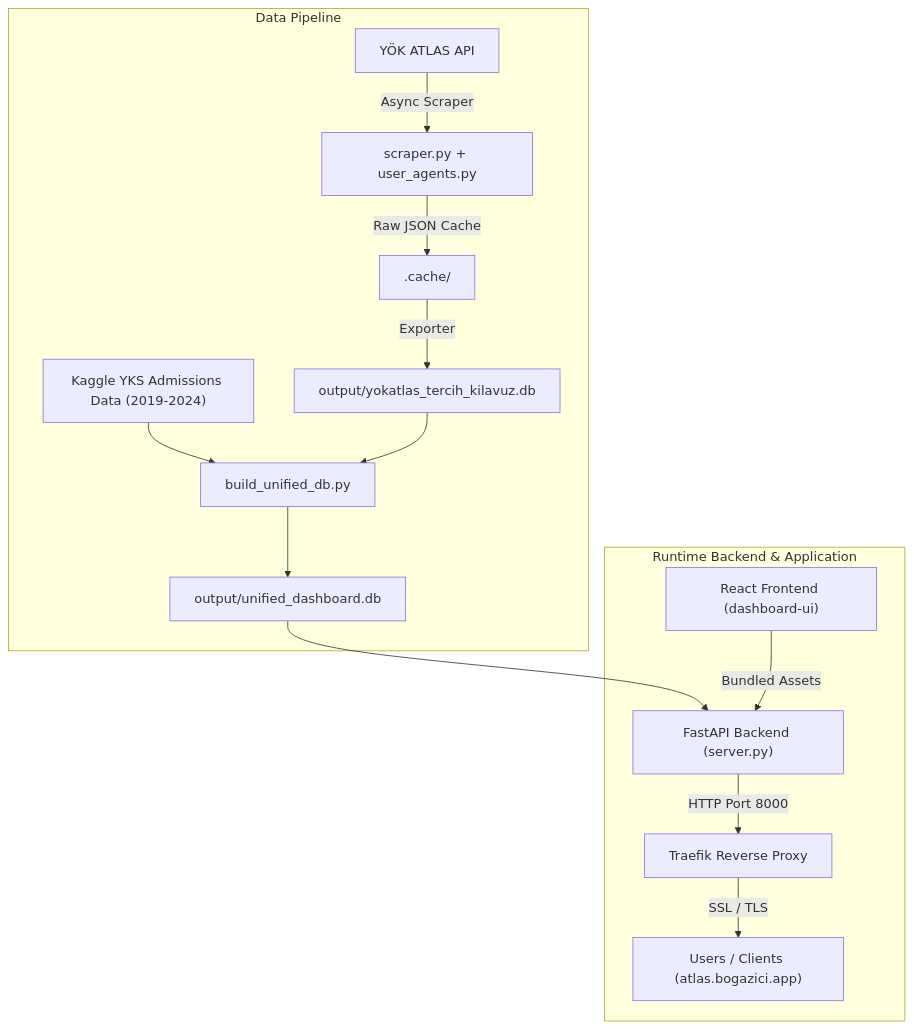
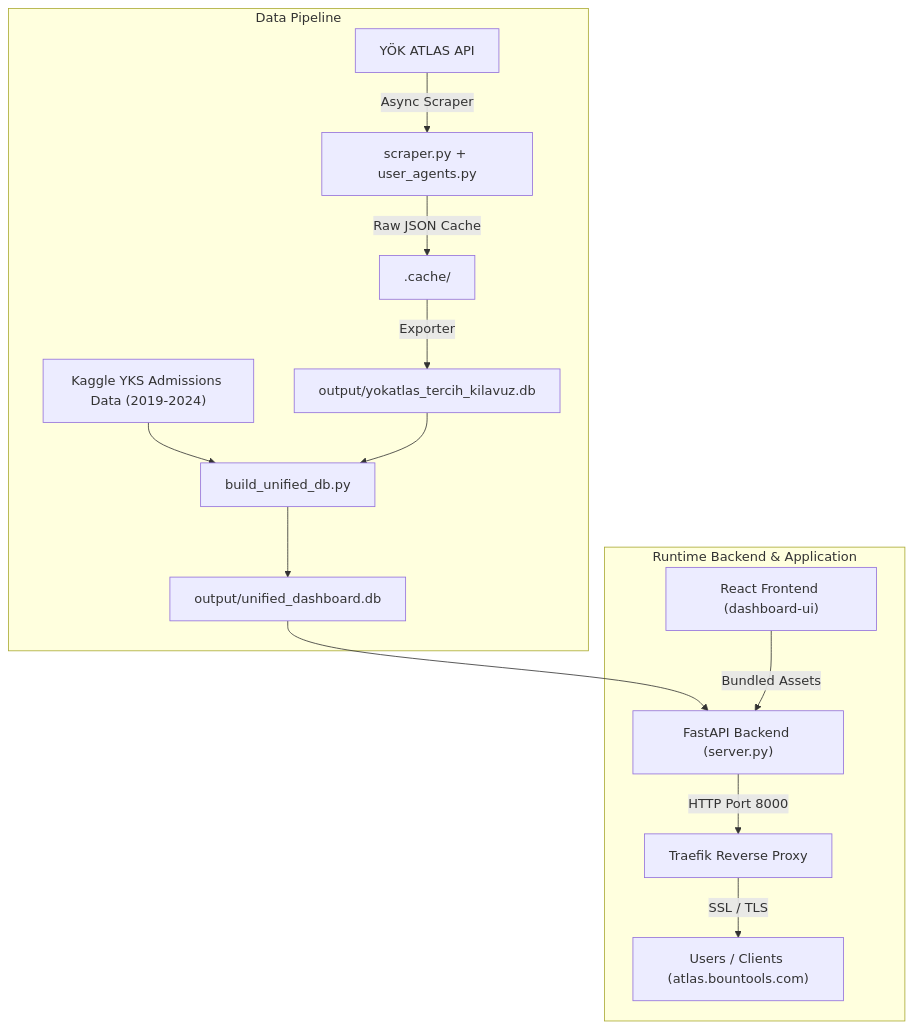
Before and after one commit to fusuycorp/yokatlas-scrape: the diagram in docs/architecture.md, drawn with Mermaid. The commit also changed 11 other files, not shown here.

Commit message:
feat(domain): update production domain to atlas.bountools.com

````diff
--- a/docs/architecture.md
+++ b/docs/architecture.md
@@ -7,18 +7,18 @@
 ```mermaid
 flowchart TD
     subgraph Data Pipeline
         A["YÖK ATLAS API"] -->|Async Scraper| B["scraper.py + user_agents.py"]
         B -->|Raw JSON Cache| C[".cache/"]
         C -->|Exporter| D["output/yokatlas_tercih_kilavuz.db"]
         E["Kaggle YKS Admissions Data (2019-2024)"] --> F["build_unified_db.py"]
         D --> F
         F --> G["output/unified_dashboard.db"]
     end
 
     subgraph Runtime Backend & Application
         G --> H["FastAPI Backend (server.py)"]
         I["React Frontend (dashboard-ui)"] -->|Bundled Assets| H
         H -->|HTTP Port 8000| J["Traefik Reverse Proxy"]
-        J -->|SSL / TLS| K["Users / Clients (atlas.bogazici.app)"]
+        J -->|SSL / TLS| K["Users / Clients (atlas.bountools.com)"]
     end
 ```
````
